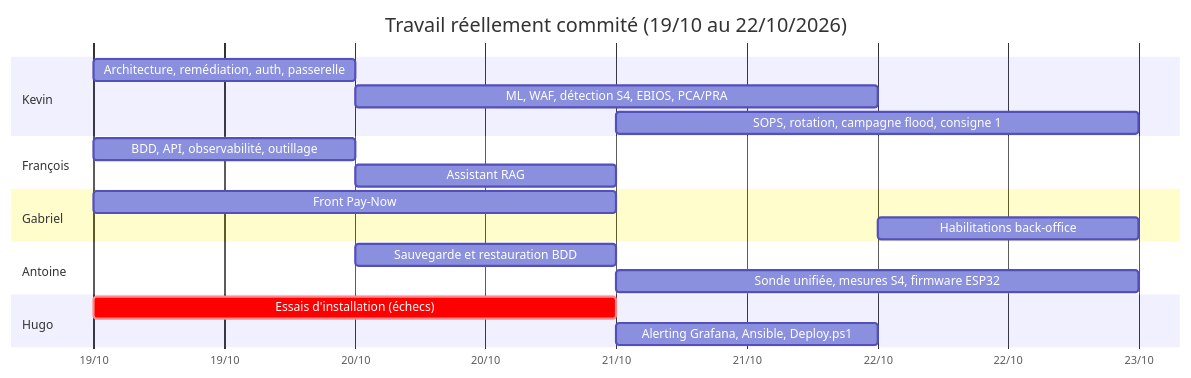
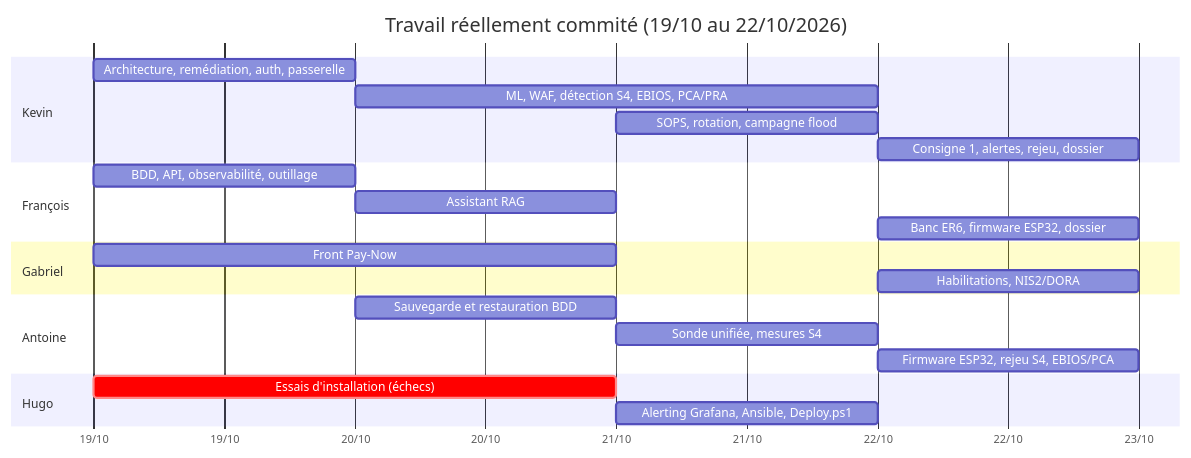
Before and after one commit to GabYan876/Resilience-Alpha: the third of 3 diagrams in docs/dossier.md, drawn with Mermaid. The commit also changed other lines of this file, not shown here.

Commit message:
docs: aligner les contributions du dossier sur l'historique Git de main au 22/10

````diff
--- a/docs/dossier.md
+++ b/docs/dossier.md
@@ -412,23 +412,26 @@
 ```mermaid
 gantt
     title Travail réellement commité (19/10 au 22/10/2026)
     dateFormat YYYY-MM-DD
     axisFormat %d/%m
     todayMarker off
     section Kevin
     Architecture, remédiation, auth, passerelle     :2026-10-19, 1d
     ML, WAF, détection S4, EBIOS, PCA/PRA           :2026-10-20, 2d
-    SOPS, rotation, campagne flood, consigne 1      :2026-10-21, 2d
+    SOPS, rotation, campagne flood                  :2026-10-21, 1d
+    Consigne 1, alertes, rejeu, dossier             :2026-10-22, 1d
     section François
     BDD, API, observabilité, outillage              :2026-10-19, 1d
     Assistant RAG                                   :2026-10-20, 1d
+    Banc ER6, firmware ESP32, dossier               :2026-10-22, 1d
     section Gabriel
     Front Pay-Now                                   :2026-10-19, 2d
-    Habilitations back-office                       :2026-10-22, 1d
+    Habilitations, NIS2/DORA                        :2026-10-22, 1d
     section Antoine
     Sauvegarde et restauration BDD                  :2026-10-20, 1d
-    Sonde unifiée, mesures S4, firmware ESP32       :2026-10-21, 2d
+    Sonde unifiée, mesures S4                       :2026-10-21, 1d
+    Firmware ESP32, rejeu S4, EBIOS/PCA             :2026-10-22, 1d
     section Hugo
     Essais d'installation (échecs)                  :crit, 2026-10-19, 2d
     Alerting Grafana, Ansible, Deploy.ps1           :2026-10-21, 1d
 ```
````
